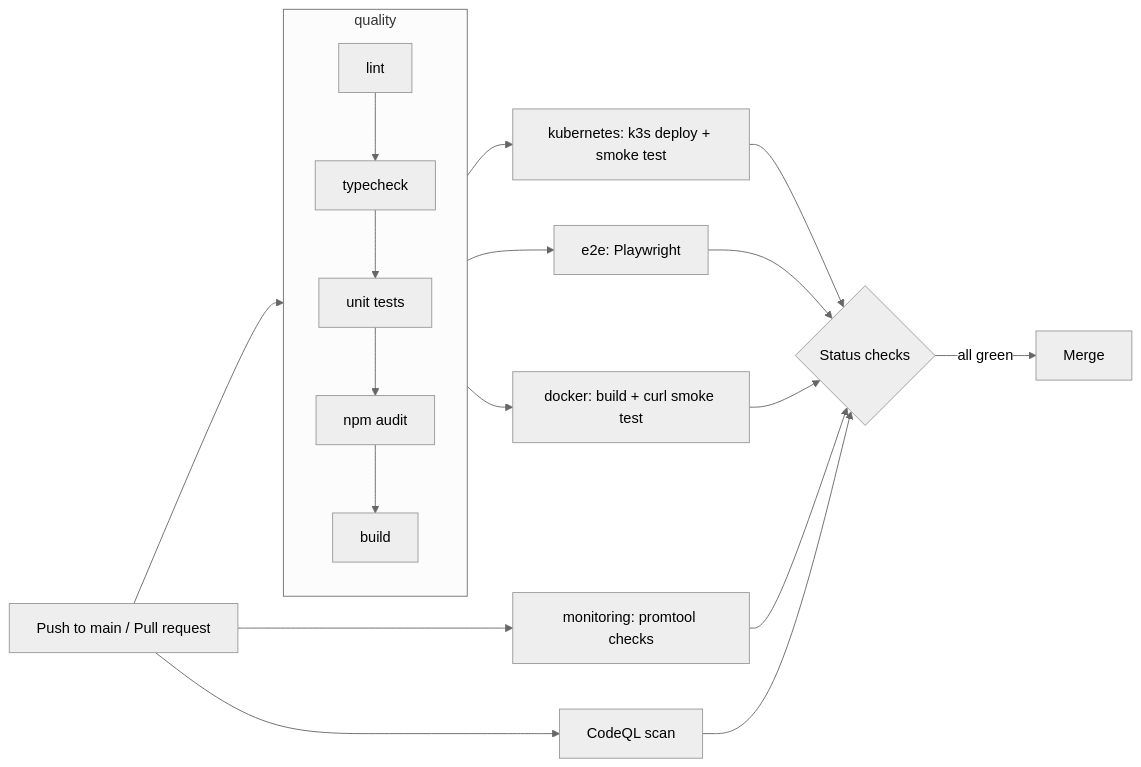
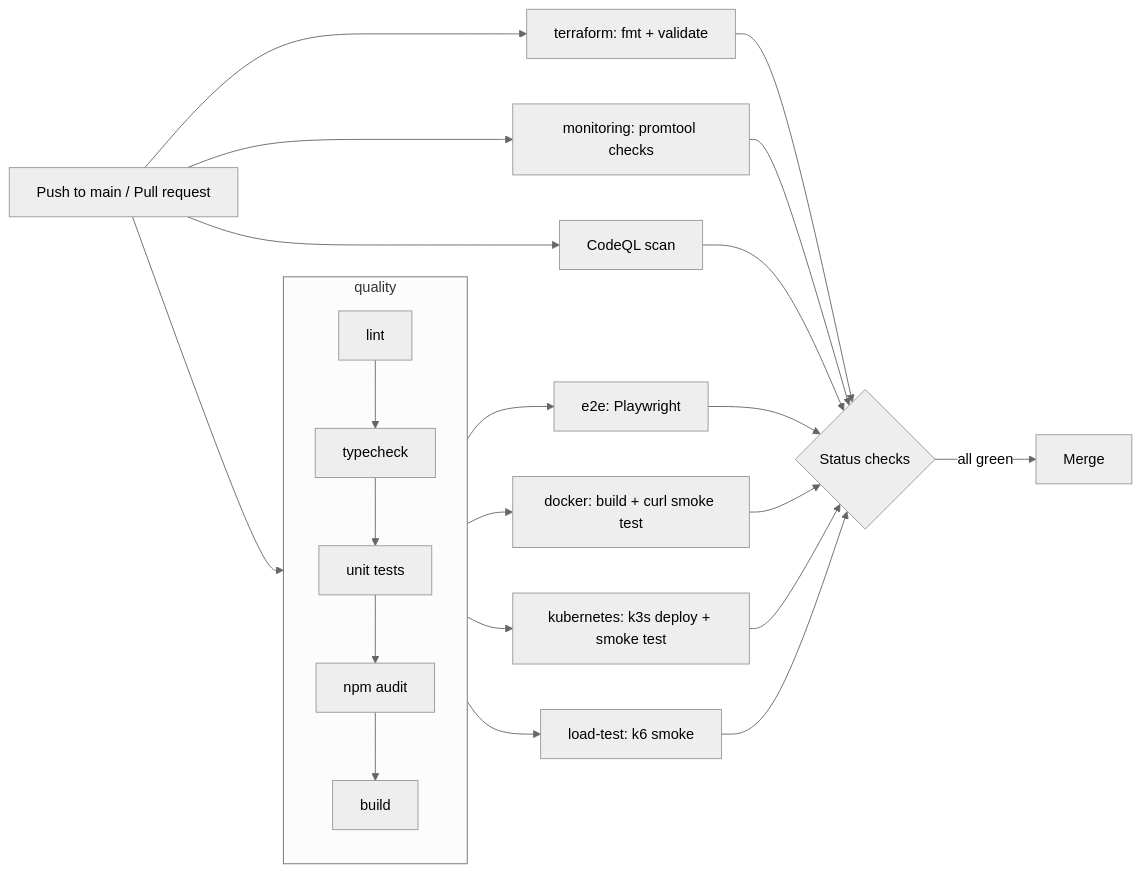
One commit to MandavaNagasreeKalpana/DevOps changed the first of 2 diagrams in README.md. Above: the diagram before and after it, drawn with Mermaid (neutral theme). The commit also changed other lines of this file and 11 other files, not shown here.

````diff
--- a/README.md
+++ b/README.md
@@ -86,21 +86,25 @@
 ```mermaid
 flowchart LR
     A[Push to main / Pull request] --> B
 
     subgraph B[quality]
         direction TB
         B1[lint] --> B2[typecheck] --> B3[unit tests] --> B4[npm audit] --> B5[build]
     end
 
     B --> C[e2e: Playwright]
     B --> D[docker: build + curl smoke test]
     B --> K[kubernetes: k3s deploy + smoke test]
     K --> E
+    B --> L[load-test: k6 smoke]
+    L --> E
+    A --> T[terraform: fmt + validate]
+    T --> E
     C --> E{Status checks}
     D --> E
     E -->|all green| F[Merge]
     A --> M[monitoring: promtool checks]
     M --> E
     A --> G[CodeQL scan]
     G --> E
 ```
````
